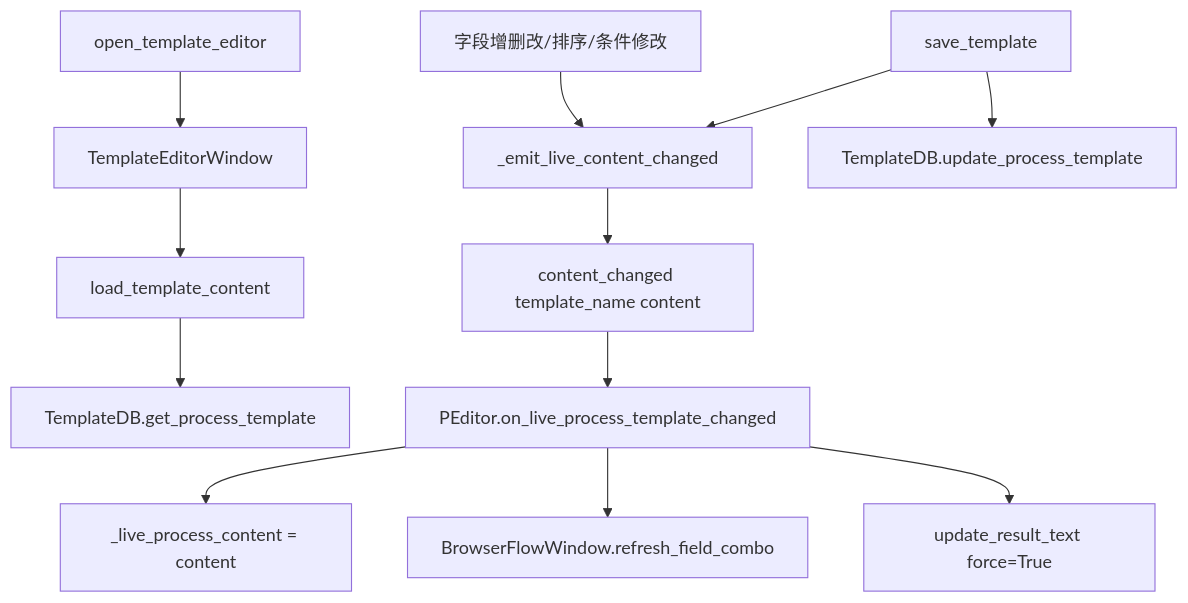
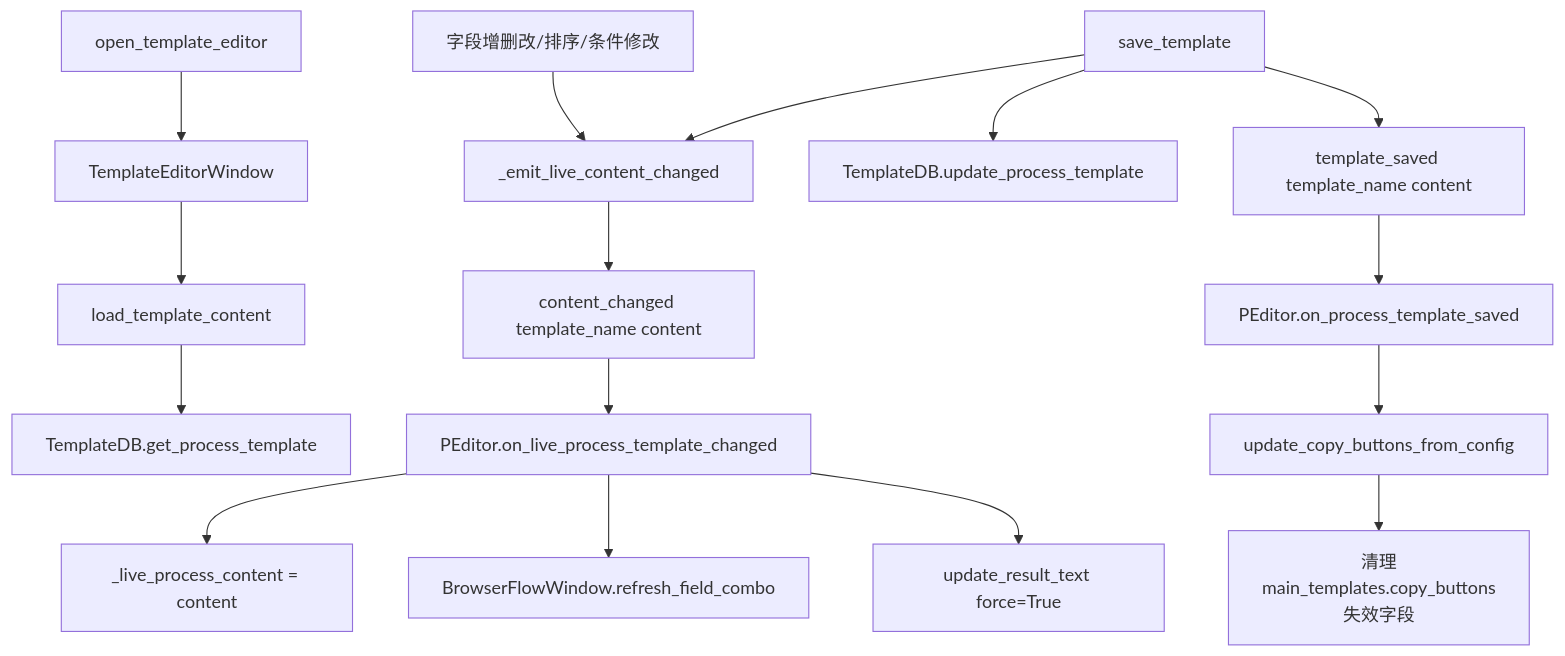
The tenth of 25 diagrams in 变量函数关系流程图.md (wcnd001/PEditor), drawn with Mermaid before and after one commit. The commit also changed other lines of this file and 6 other files, not shown here.

````diff
--- a/变量函数关系流程图.md
+++ b/变量函数关系流程图.md
@@ -429,19 +457,23 @@
 ```mermaid
 flowchart TB
     OPEN[open_template_editor]
     OPEN --> EDITOR[TemplateEditorWindow]
     EDITOR --> LOAD[load_template_content]
     LOAD --> PROCDB[TemplateDB.get_process_template]
 
     USER[字段增删改/排序/条件修改]
     USER --> EMIT[_emit_live_content_changed]
     EMIT --> SIGNAL[content_changed template_name content]
     SIGNAL --> MAIN[PEditor.on_live_process_template_changed]
     MAIN --> LIVE[_live_process_content = content]
     MAIN --> FIELDS[BrowserFlowWindow.refresh_field_combo]
     MAIN --> RENDER[update_result_text force=True]
 
     SAVE[save_template]
     SAVE --> WRITE[TemplateDB.update_process_template]
     SAVE --> EMIT
+    SAVE --> SAVED[template_saved template_name content]
+    SAVED --> CLEAN[PEditor.on_process_template_saved]
+    CLEAN --> FILTER[update_copy_buttons_from_config]
+    FILTER --> MAINDB[清理main_templates.copy_buttons失效字段]
 ```
````
